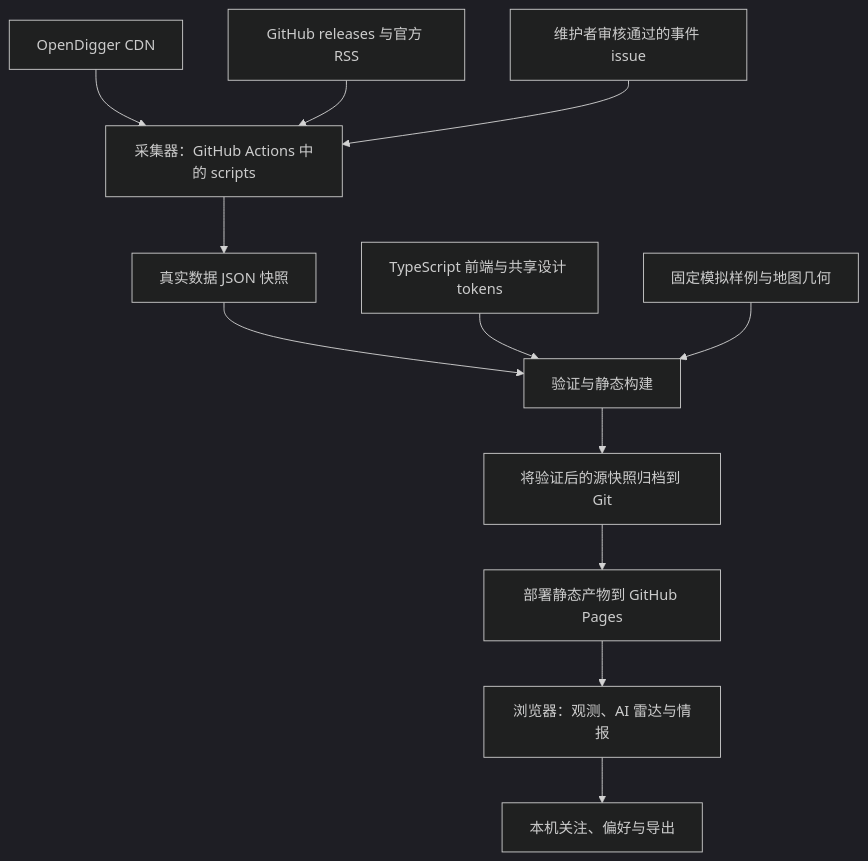
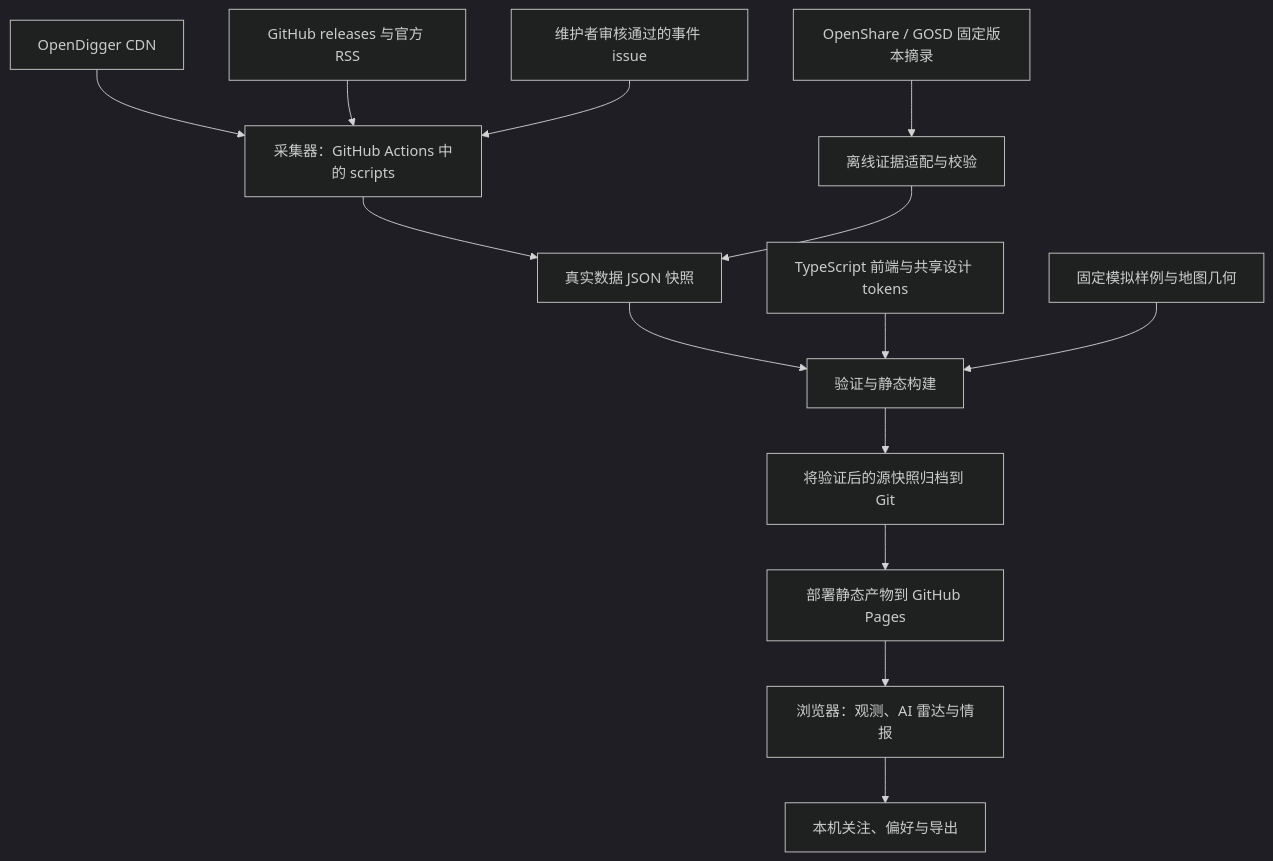
The second of 2 diagrams in README.zh-CN.md (X-lab2017/open-dipper), drawn with Mermaid (dark theme) before and after one commit. The commit also changed other lines of this file and 33 other files, not shown here.

First line of the commit message:
feat: add focused OpenShare geography and observed GOSD AI supply

````diff
--- a/README.zh-CN.md
+++ b/README.zh-CN.md
@@ -111,14 +114,16 @@
 ```mermaid
 flowchart TD
   OD["OpenDigger CDN"] --> C["采集器：GitHub Actions 中的 scripts"]
   FE["GitHub releases 与官方 RSS"] --> C
   ED["维护者审核通过的事件 issue"] --> C
   C --> S["真实数据 JSON 快照"]
+  OS["OpenShare / GOSD 固定版本摘录"] --> EA["离线证据适配与校验"]
+  EA --> S
   S --> Q["验证与静态构建"]
   UI["TypeScript 前端与共享设计 tokens"] --> Q
   FX["固定模拟样例与地图几何"] --> Q
   Q --> A["将验证后的源快照归档到 Git"]
   A --> P["部署静态产物到 GitHub Pages"]
   P --> B["浏览器：观测、AI 雷达与情报"]
   B --> L["本机关注、偏好与导出"]
 ```
````
